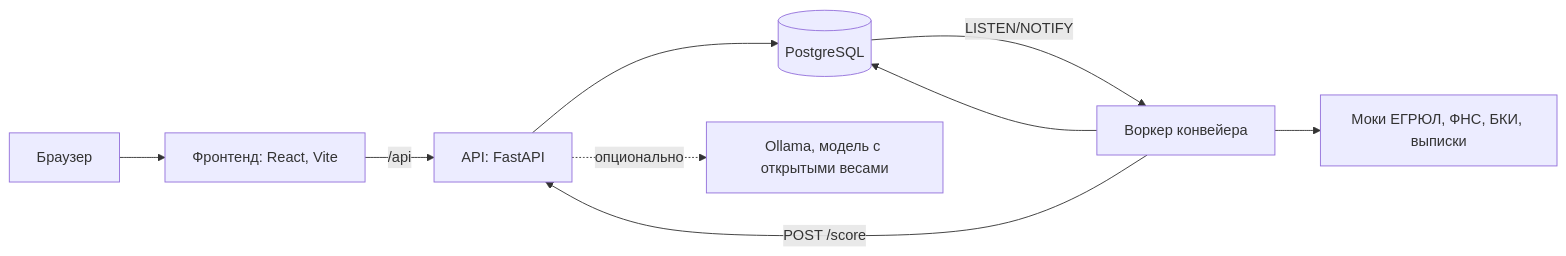
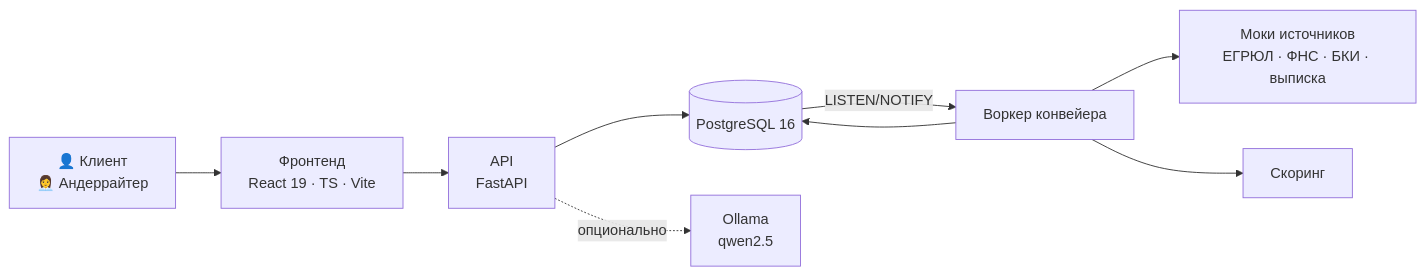
One commit to cuddies19/Alpha-Bank-hackathon changed the third of 3 diagrams in README.md. Above: the diagram before and after it, drawn with Mermaid. The commit also changed other lines of this file, not shown here.

````diff
--- a/README.md
+++ b/README.md
@@ -104,11 +294,11 @@
 ```mermaid
 flowchart LR
-    user[Браузер] --> front[Фронтенд: React, Vite]
-    front -- /api --> api[API: FastAPI]
-    api --> db[(PostgreSQL)]
-    db -- LISTEN/NOTIFY --> worker[Воркер конвейера]
-    worker --> mocks[Моки ЕГРЮЛ, ФНС, БКИ, выписки]
-    worker -- POST /score --> api
-    worker --> db
-    api -. опционально .-> ollama[Ollama, модель с открытыми весами]
+    U[👤 Клиент<br/>👩‍💼 Андеррайтер] --> F[Фронтенд<br/>React 19 · TS · Vite]
+    F --> API[API<br/>FastAPI]
+    API --> DB[(PostgreSQL 16)]
+    DB -- LISTEN/NOTIFY --> W[Воркер конвейера]
+    W --> M[Моки источников<br/>ЕГРЮЛ · ФНС · БКИ · выписка]
+    W --> SC[Скоринг]
+    W --> DB
+    API -. опционально .-> LLM[Ollama<br/>qwen2.5]
 ```
````
